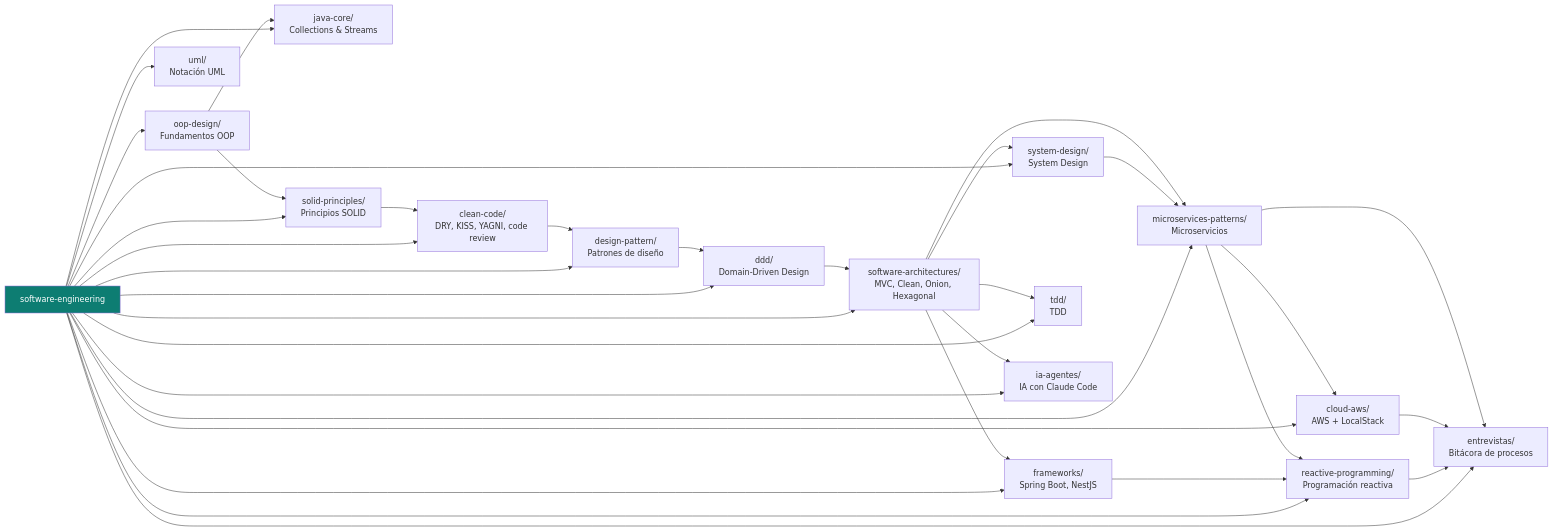
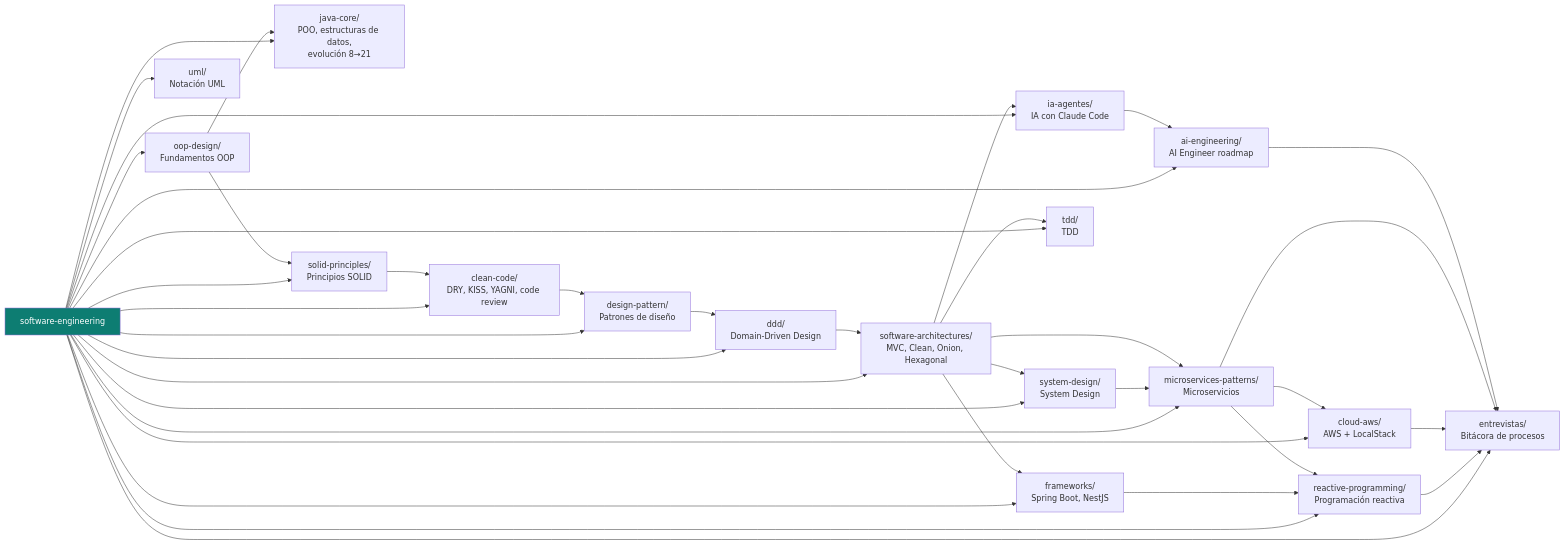
The diagram in README.md (edzamo/software-engineering), drawn with Mermaid before and after one commit. The commit also changed other lines of this file and 8 other files, not shown here.

First line of the commit message:
Add Java core documentation covering OOP principles, data structures, functional interfaces, and language evolution

````diff
--- a/README.md
+++ b/README.md
@@ -9,42 +9,45 @@
 ```mermaid
 graph LR
     root["software-engineering"]
 
     root --> oop["oop-design/<br/>Fundamentos OOP"]
-    root --> javacore["java-core/<br/>Collections &amp; Streams"]
+    root --> javacore["java-core/<br/>POO, estructuras de datos,<br/>evolución 8→21"]
     root --> solid["solid-principles/<br/>Principios SOLID"]
     root --> cc["clean-code/<br/>DRY, KISS, YAGNI, code review"]
     root --> dp["design-pattern/<br/>Patrones de diseño"]
     root --> ddd["ddd/<br/>Domain-Driven Design"]
     root --> uml["uml/<br/>Notación UML"]
     root --> arch["software-architectures/<br/>MVC, Clean, Onion, Hexagonal"]
     root --> sysdes["system-design/<br/>System Design"]
     root --> micro["microservices-patterns/<br/>Microservicios"]
     root --> frameworks["frameworks/<br/>Spring Boot, NestJS"]
     root --> reactive["reactive-programming/<br/>Programación reactiva"]
     root --> aws["cloud-aws/<br/>AWS + LocalStack"]
     root --> tdd["tdd/<br/>TDD"]
     root --> ia["ia-agentes/<br/>IA con Claude Code"]
+    root --> aieng["ai-engineering/<br/>AI Engineer roadmap"]
     root --> entrevistas["entrevistas/<br/>Bitácora de procesos"]
 
     oop --> javacore
     oop --> solid
     solid --> cc
     cc --> dp
     dp --> ddd
     ddd --> arch
     arch --> sysdes
     sysdes --> micro
     arch --> micro
     arch --> frameworks
     frameworks --> reactive
     micro --> reactive
     micro --> aws
     arch --> tdd
     arch --> ia
+    ia --> aieng
     reactive --> entrevistas
     aws --> entrevistas
     micro --> entrevistas
+    aieng --> entrevistas
 
     style root fill:#0d7d72,color:#fff
 ```
````
